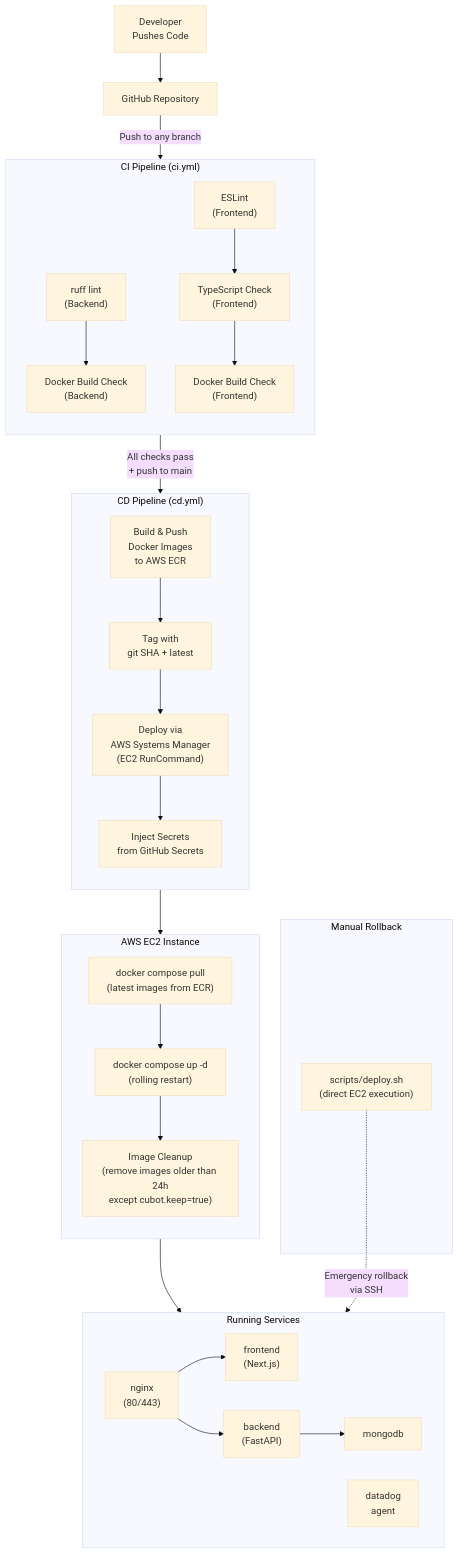
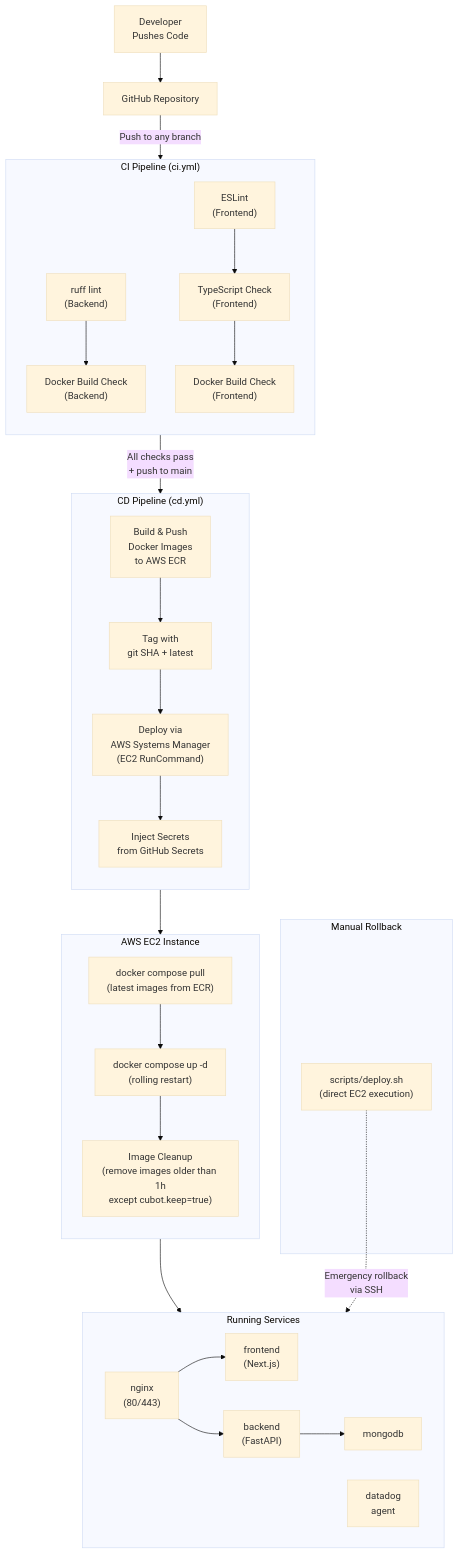
Before and after one commit to fayezzouari/cubot-ide: the second of 2 diagrams in README.md, drawn with Mermaid (base theme). The commit also changed other lines of this file, not shown here.

Commit message:
docs: improve README

````diff
--- a/README.md
+++ b/README.md
@@ -38,63 +40,63 @@
 ```mermaid
 flowchart TD
     Dev["Developer\nPushes Code"] --> GH["GitHub Repository"]
 
     GH -->|"Push to any branch"| CI
 
     subgraph CI["CI Pipeline (ci.yml)"]
         direction TB
         Lint_FE["ESLint\n(Frontend)"]
         TC_FE["TypeScript Check\n(Frontend)"]
         Lint_BE["ruff lint\n(Backend)"]
         Docker_BE["Docker Build Check\n(Backend)"]
         Docker_FE["Docker Build Check\n(Frontend)"]
 
         Lint_FE --> TC_FE
         Lint_BE --> Docker_BE
         TC_FE --> Docker_FE
     end
 
     CI -->|"All checks pass\n+ push to main"| CD
 
     subgraph CD["CD Pipeline (cd.yml)"]
         direction TB
         BuildPush["Build & Push\nDocker Images\nto AWS ECR"]
         Tag["Tag with\ngit SHA + latest"]
         SSM["Deploy via\nAWS Systems Manager\n(EC2 RunCommand)"]
         SetEnv["Inject Secrets\nfrom GitHub Secrets"]
 
         BuildPush --> Tag --> SSM --> SetEnv
     end
 
     CD --> EC2
 
     subgraph EC2["AWS EC2 Instance"]
         direction TB
         Pull["docker compose pull\n(latest images from ECR)"]
         Up["docker compose up -d\n(rolling restart)"]
-        Cleanup["Image Cleanup\n(remove images older than 24h\nexcept cubot.keep=true)"]
+        Cleanup["Image Cleanup\n(remove images older than 1h\nexcept cubot.keep=true)"]
 
         Pull --> Up --> Cleanup
     end
 
     subgraph Services["Running Services"]
         direction LR
         Nginx2["nginx\n(80/443)"]
         FE["frontend\n(Next.js)"]
         BE["backend\n(FastAPI)"]
         DB["mongodb"]
         DD["datadog\nagent"]
 
         Nginx2 --> FE
         Nginx2 --> BE
         BE --> DB
     end
 
     EC2 --> Services
 
     subgraph Manual["Manual Rollback"]
         Script["scripts/deploy.sh\n(direct EC2 execution)"]
     end
 
     Script -.->|"Emergency rollback\nvia SSH"| Services
 ```
````
